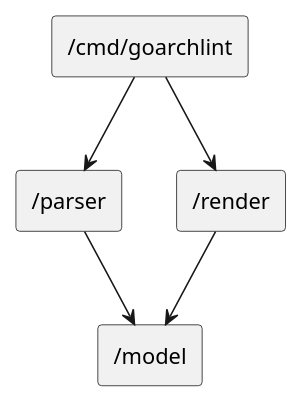
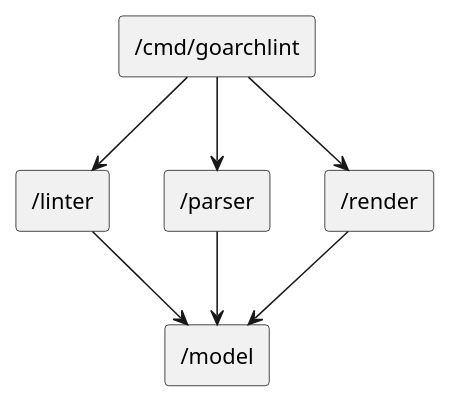
One commit to gbh007/goarchlint changed the diagram in docs/arch/scheme.puml. Above: the diagram before and after it, drawn with PlantUML. The commit also changed 13 other files, not shown here.

```diff
--- a/docs/arch/scheme.puml
+++ b/docs/arch/scheme.puml
@@ -1,7 +1,9 @@
 @startuml "goarchlint"
 skinparam componentStyle rectangle
+[/cmd/goarchlint] --> [/linter]
 [/cmd/goarchlint] --> [/parser]
 [/cmd/goarchlint] --> [/render]
+[/linter] --> [/model]
 [/parser] --> [/model]
 [/render] --> [/model]
 @enduml
```
